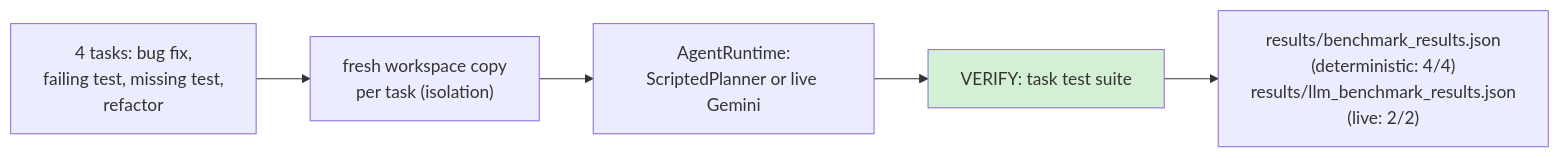
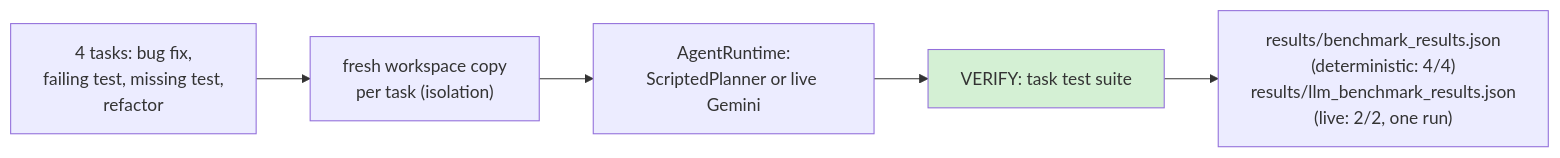
One commit to vaibhav3000/repo-engineer changed the fifth of 5 diagrams in README.md. Above: the diagram before and after it, drawn with Mermaid. The commit also changed other lines of this file and 4 other files, not shown here.

````diff
--- a/README.md
+++ b/README.md
@@ -147,8 +188,8 @@
 ```mermaid
 flowchart LR
     T["4 tasks: bug fix,<br/>failing test, missing test,<br/>refactor"] --> C["fresh workspace copy<br/>per task (isolation)"]
     C --> R["AgentRuntime:<br/>ScriptedPlanner or live Gemini"]
     R --> V["VERIFY: task test suite"]
-    V --> RES["results/benchmark_results.json<br/>(deterministic: 4/4)<br/>results/llm_benchmark_results.json<br/>(live: 2/2)"]
+    V --> RES["results/benchmark_results.json<br/>(deterministic: 4/4)<br/>results/llm_benchmark_results.json<br/>(live: 2/2, one run)"]
     style V fill:#d4f0d4
 ```
````
